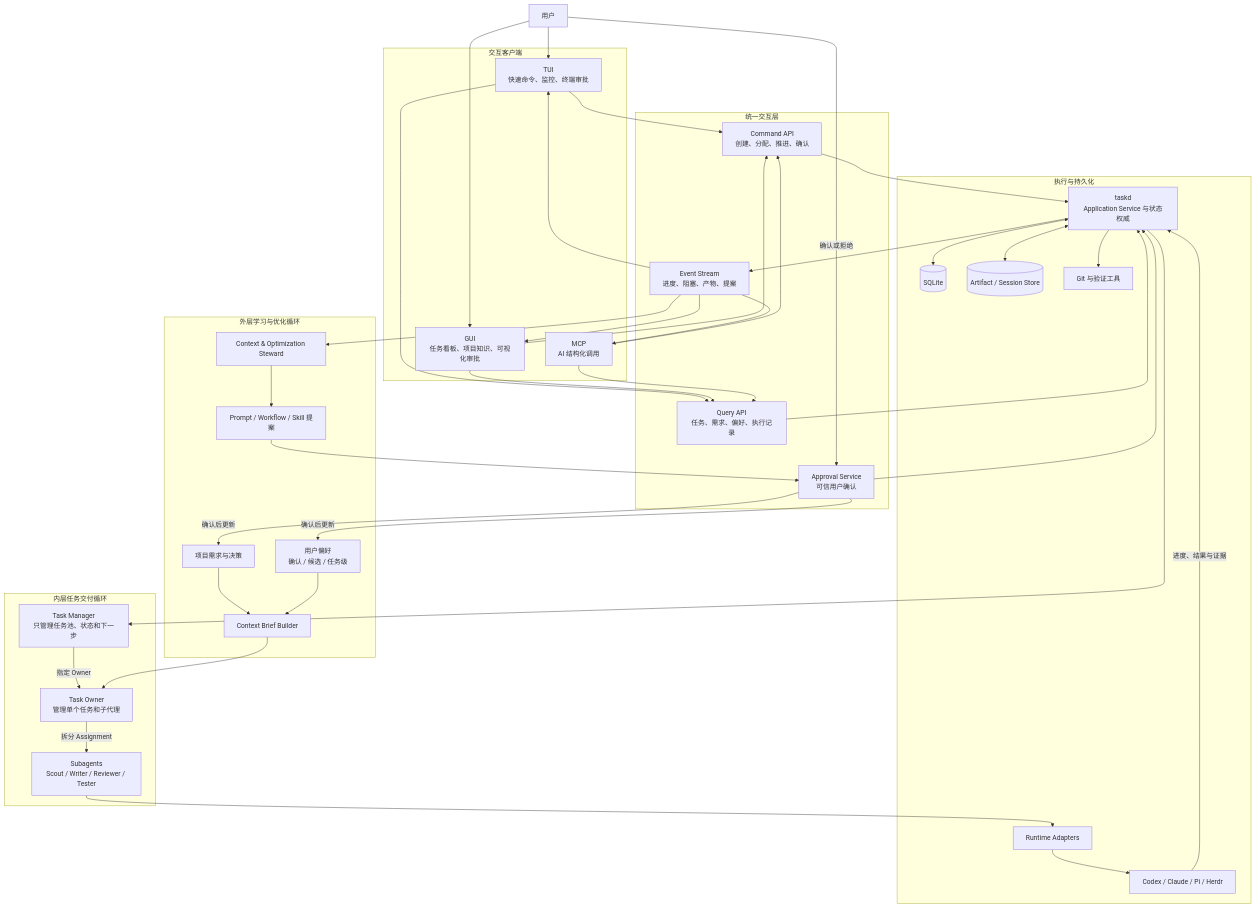
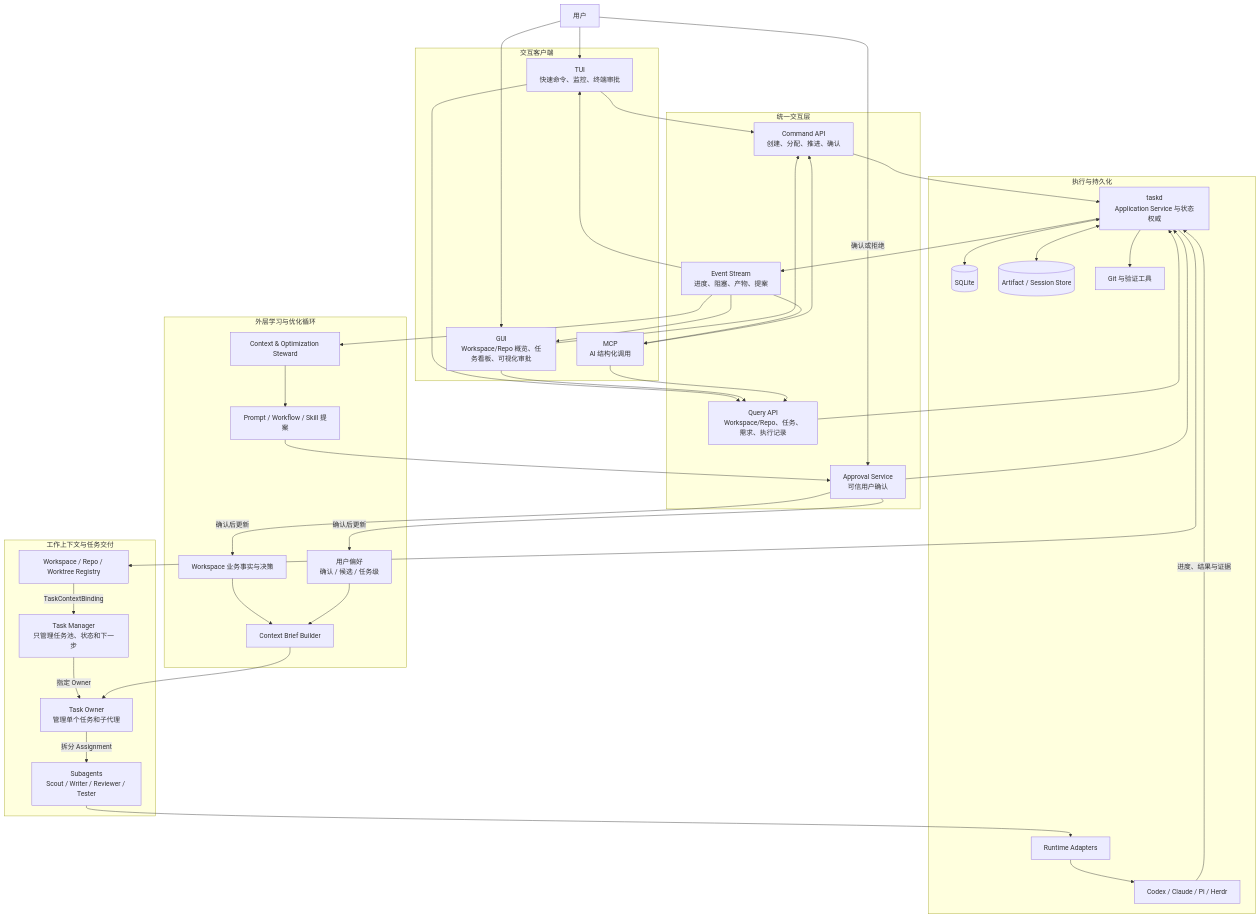
One commit to cecil-su/agent-steward changed the diagram in docs/v1/15-tui-gui-interaction-architecture.md. Above: the diagram before and after it, drawn with Mermaid. The commit also changed other lines of this file and 22 other files, not shown here.

```diff
--- a/docs/v1/15-tui-gui-interaction-architecture.md
+++ b/docs/v1/15-tui-gui-interaction-architecture.md
@@ -8,18 +8,19 @@
 
     subgraph Clients[交互客户端]
         TUI[TUI<br/>快速命令、监控、终端审批]
-        GUI[GUI<br/>任务看板、项目知识、可视化审批]
+        GUI[GUI<br/>Workspace/Repo 概览、任务看板、可视化审批]
         MCP[MCP<br/>AI 结构化调用]
     end
 
     subgraph Interface[统一交互层]
         Command[Command API<br/>创建、分配、推进、确认]
-        Query[Query API<br/>任务、需求、偏好、执行记录]
+        Query[Query API<br/>Workspace/Repo、任务、需求、执行记录]
         Events[Event Stream<br/>进度、阻塞、产物、提案]
         Approval[Approval Service<br/>可信用户确认]
     end
 
-    subgraph Delivery[内层任务交付循环]
+    subgraph Delivery[工作上下文与任务交付]
+        Registry[Workspace / Repo / Worktree Registry]
         Manager[Task Manager<br/>只管理任务池、状态和下一步]
         Owner[Task Owner<br/>管理单个任务和子代理]
         Subagents[Subagents<br/>Scout / Writer / Reviewer / Tester]
@@ -27,7 +28,7 @@
 
     subgraph Learning[外层学习与优化循环]
         Steward[Context & Optimization Steward]
-        Requirements[项目需求与决策]
+        Requirements[Workspace 业务事实与决策]
         Preferences[用户偏好<br/>确认 / 候选 / 任务级]
         Proposals[Prompt / Workflow / Skill 提案]
         Context[Context Brief Builder]
@@ -61,7 +62,8 @@
     Events --> GUI
     Events --> MCP
 
-    Taskd --> Manager
+    Taskd --> Registry
+    Registry -->|TaskContextBinding| Manager
     Manager -->|指定 Owner| Owner
     Owner -->|拆分 Assignment| Subagents
     Subagents --> Adapters
```
